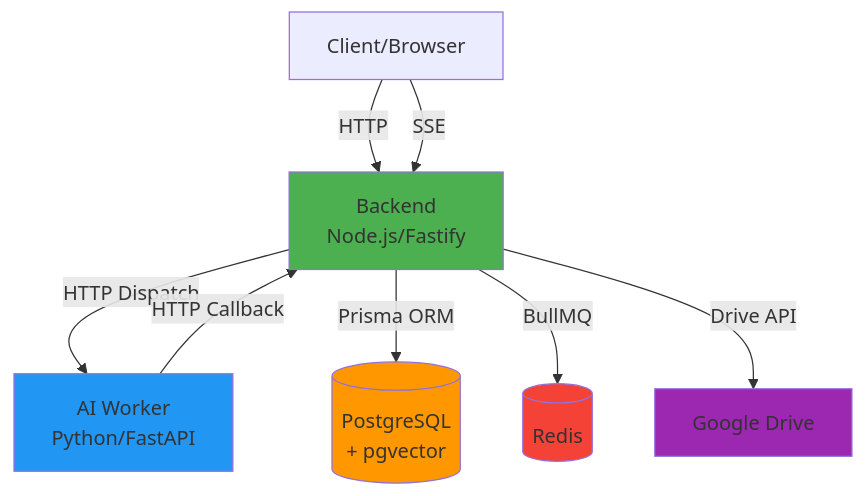
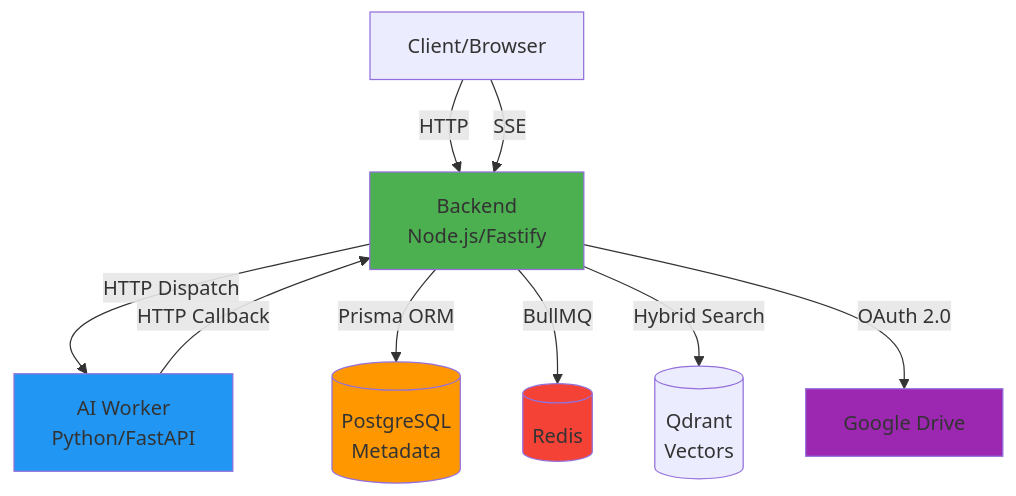
Before and after one commit to namtroi/RAGBase: the first of 7 diagrams in docs/architecture.md, drawn with Mermaid. The commit also changed other lines of this file and 6 other files, not shown here.

````diff
--- a/docs/architecture.md
+++ b/docs/architecture.md
@@ -13,16 +13,17 @@
 ```mermaid
 graph TB
     Client[Client/Browser] -->|HTTP| Backend
     Client -->|SSE| Backend
-    Backend[Backend<br/>Node.js/Fastify] -->|HTTP Dispatch| AIWorker[AI Worker<br/>Python/FastAPI]
-    AIWorker -->|HTTP Callback| Backend
-    Backend -->|Prisma ORM| Postgres[(PostgreSQL<br/>+ pgvector)]
-    Backend -->|BullMQ| Redis[(Redis)]
-    Backend -->|Drive API| GDrive[Google Drive]
+    Backend[Backend<br/>Node.js/Fastify] --> |HTTP Dispatch| AIWorker[AI Worker<br/>Python/FastAPI]
+    AIWorker --> |HTTP Callback| Backend
+    Backend --> |Prisma ORM| Postgres[(PostgreSQL<br/>Metadata)]
+    Backend --> |BullMQ| Redis[(Redis)]
+    Backend --> |Hybrid Search| Qdrant[(Qdrant<br/>Vectors)]
+    Backend --> |OAuth 2.0| GDrive[Google Drive]
     
     style Backend fill:#4CAF50
     style AIWorker fill:#2196F3
     style Postgres fill:#FF9800
     style Redis fill:#F44336
     style GDrive fill:#9C27B0
 ```
````
